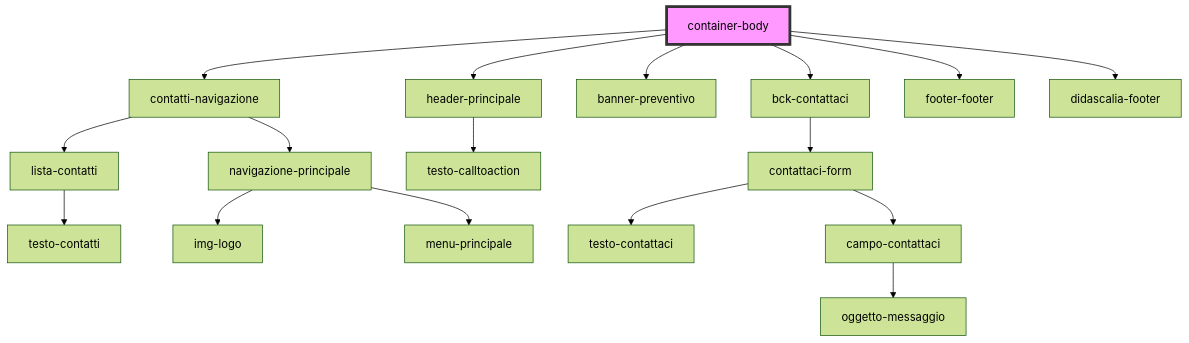
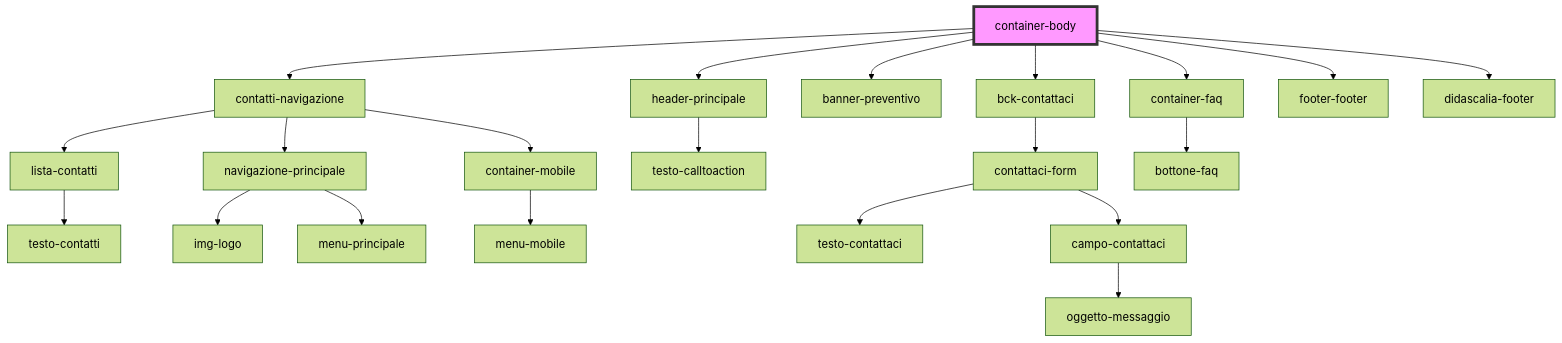
The diagram in project/src/components/container-body/readme.md (Sarafossati/ACME-Landing-Page), drawn with Mermaid (forest theme) before and after one commit. The commit also changed other lines of this file and 74 other files, not shown here.

````diff
--- a/project/src/components/container-body/readme.md
+++ b/project/src/components/container-body/readme.md
@@ -20,20 +21,24 @@
 ```mermaid
 graph TD;
   container-body --> contatti-navigazione
   container-body --> header-principale
   container-body --> banner-preventivo
   container-body --> bck-contattaci
+  container-body --> container-faq
   container-body --> footer-footer
   container-body --> didascalia-footer
   contatti-navigazione --> lista-contatti
   contatti-navigazione --> navigazione-principale
+  contatti-navigazione --> container-mobile
   lista-contatti --> testo-contatti
   navigazione-principale --> img-logo
   navigazione-principale --> menu-principale
+  container-mobile --> menu-mobile
   header-principale --> testo-calltoaction
   bck-contattaci --> contattaci-form
   contattaci-form --> testo-contattaci
   contattaci-form --> campo-contattaci
   campo-contattaci --> oggetto-messaggio
+  container-faq --> bottone-faq
   style container-body fill:#f9f,stroke:#333,stroke-width:4px
 ```
````
